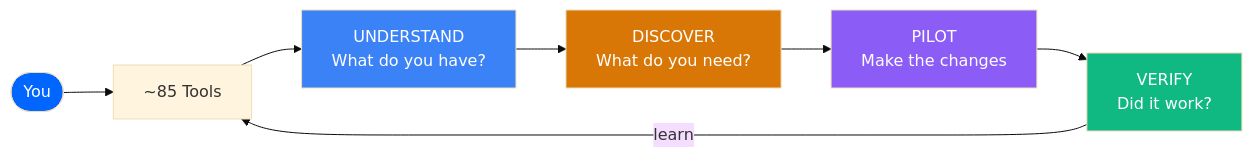
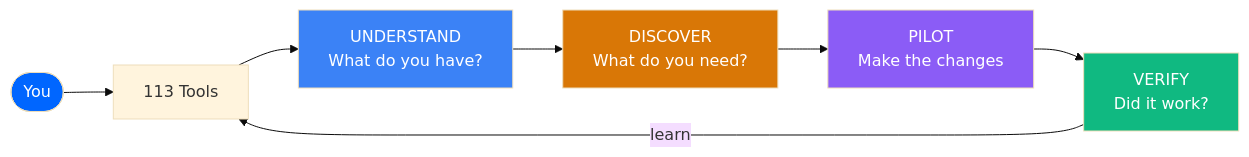
One commit to JosephOIbrahim/comfyui-agent changed the sixth of 26 diagrams in README.md. Above: the diagram before and after it, drawn with Mermaid (base theme). The commit also changed other lines of this file and 1 other file, not shown here.

````diff
--- a/README.md
+++ b/README.md
@@ -426,15 +426,15 @@
 ```mermaid
 graph LR
-    You([You]) --> Agent[~85 Tools]
+    You([You]) --> Agent[113 Tools]
     Agent --> Understand[UNDERSTAND<br/>What do you have?]
     Understand --> Discover[DISCOVER<br/>What do you need?]
     Discover --> Pilot[PILOT<br/>Make the changes]
     Pilot --> Verify[VERIFY<br/>Did it work?]
     Verify -->|learn| Agent
 
     style You fill:#0066FF,color:#fff
     style Understand fill:#3b82f6,color:#fff
     style Discover fill:#d97706,color:#fff
     style Pilot fill:#8b5cf6,color:#fff
     style Verify fill:#10b981,color:#fff
 ```
````
